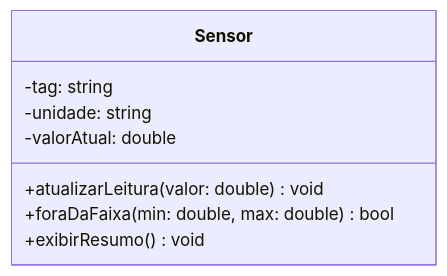
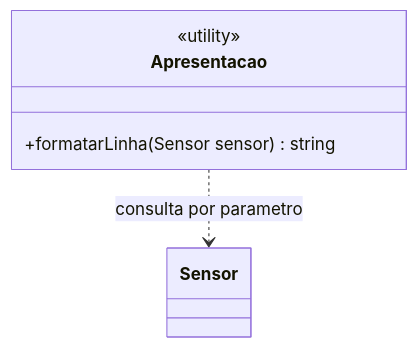
The third of 7 diagrams in docs/modelagem_analise_codigo/index.md (rafaelrezo/curso-poo), drawn with Mermaid before and after one commit. The commit also changed other lines of this file and 56 other files, not shown here.

````diff
--- a/docs/modelagem_analise_codigo/index.md
+++ b/docs/modelagem_analise_codigo/index.md
@@ -56,11 +117,9 @@
-``` mermaid
+```mermaid
 classDiagram
-    class Sensor {
-        -tag: string
-        -unidade: string
-        -valorAtual: double
-        +atualizarLeitura(valor: double) void
-        +foraDaFaixa(min: double, max: double) bool
-        +exibirResumo() void
+    class Apresentacao {
+        <<utility>>
+        +formatarLinha(Sensor sensor) string
     }
+    class Sensor
+    Apresentacao ..> Sensor : consulta por parametro
 ```
````
